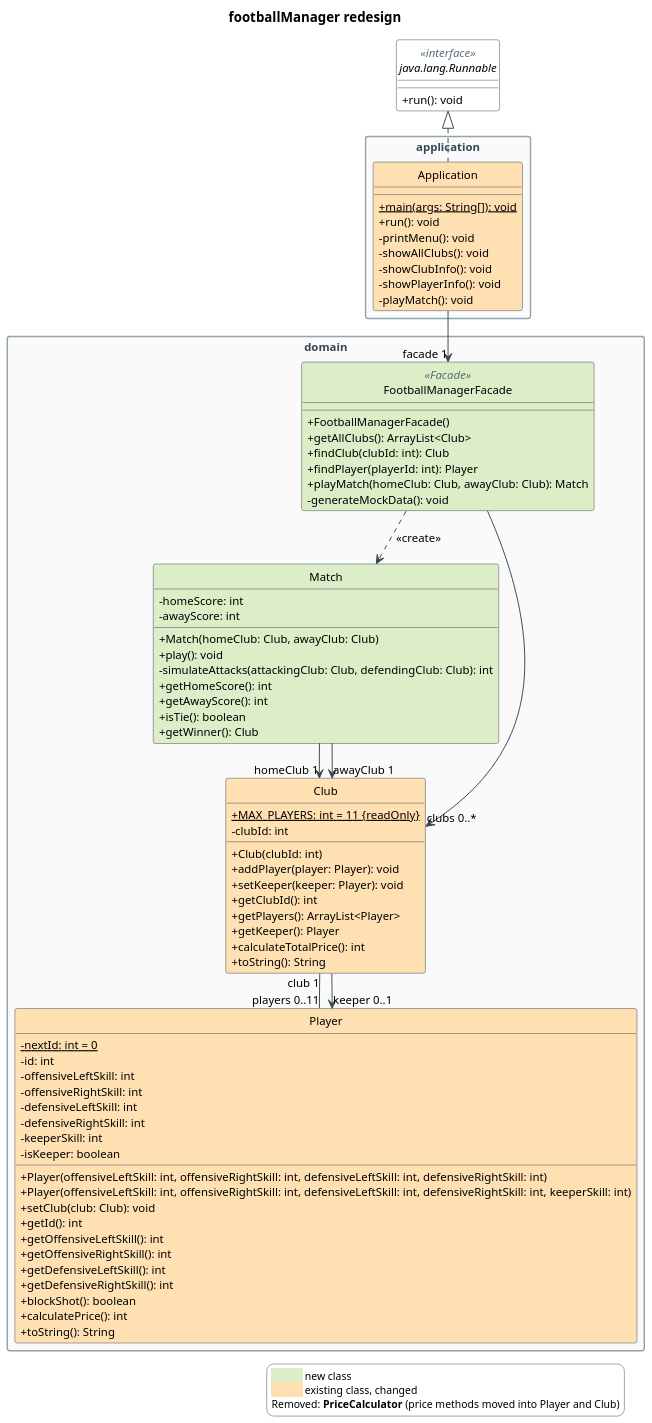
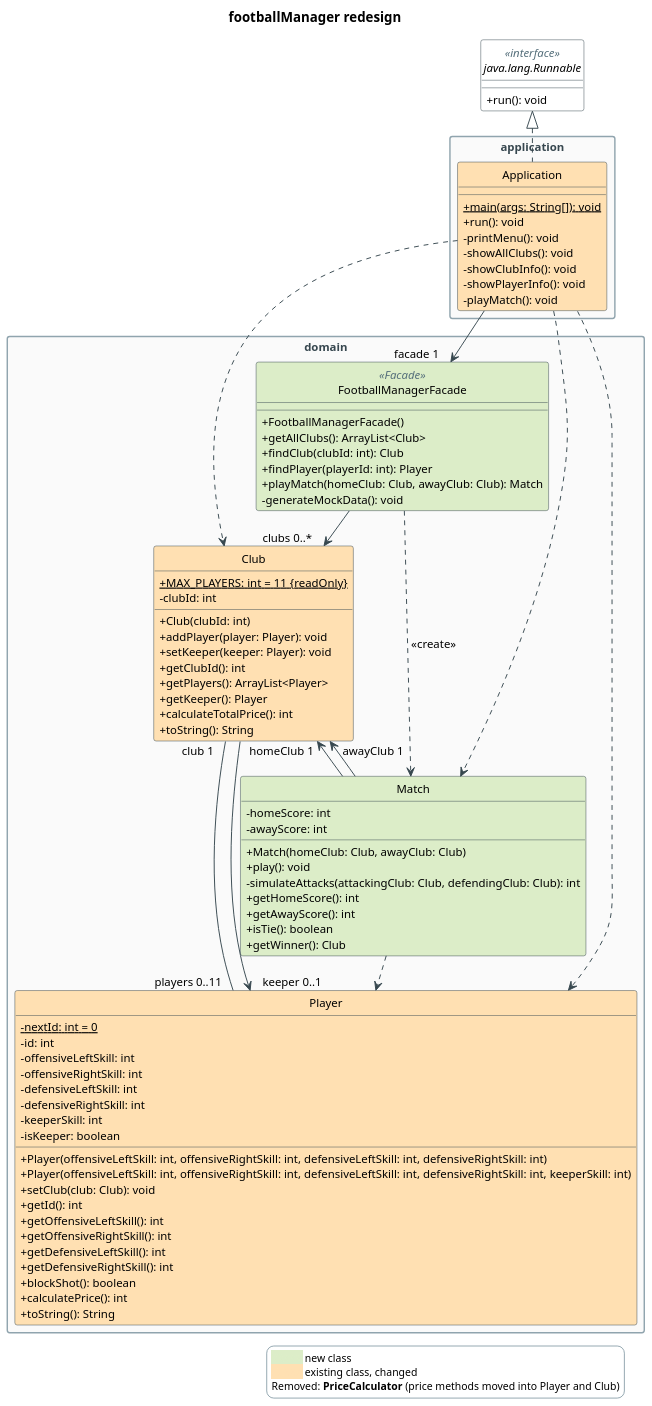
The diagram in week6/assignment3/diagrams/footballManager-redesign.puml (RokasPazera/system-design), drawn with PlantUML before and after one commit. The commit also changed 7 other files, not shown here.

```diff
--- a/week6/assignment3/diagrams/footballManager-redesign.puml
+++ b/week6/assignment3/diagrams/footballManager-redesign.puml
@@ -1,123 +1,128 @@
 @startuml footballManager-redesign
 ' footballManager redesign (week 6, assignment 3): the week 5 classes with the TODOs fixed.
 ' Colours: green = new class, orange = existing class that changes.
 !pragma layout smetana
 
 skinparam dpi 130
 skinparam shadowing false
 skinparam classAttributeIconSize 0
 skinparam defaultFontName Arial
 skinparam defaultFontSize 12
 skinparam nodesep 50
 skinparam ranksep 60
 hide circle
 
 skinparam class {
   BackgroundColor #FFFFFF
   BorderColor #37474F
   ArrowColor #37474F
   StereotypeFontColor #546E7A
 }
 skinparam packageStyle rectangle
 skinparam package {
   BackgroundColor #FAFAFA
   BorderColor #90A4AE
   FontColor #37474F
 }
 skinparam legend {
   BackgroundColor #FFFFFF
   BorderColor #90A4AE
   FontSize 11
 }
 
 title footballManager redesign
 
 interface "java.lang.Runnable" as Runnable <<interface>> {
   + run(): void
 }
 
 package application {
 class Application #FFE0B2 {
   {static} + main(args: String[]): void
   + run(): void
   - printMenu(): void
   - showAllClubs(): void
   - showClubInfo(): void
   - showPlayerInfo(): void
   - playMatch(): void
 }
 }
 
 package domain {
 class FootballManagerFacade <<Facade>> #DCEDC8 {
   + FootballManagerFacade()
   + getAllClubs(): ArrayList<Club>
   + findClub(clubId: int): Club
   + findPlayer(playerId: int): Player
   + playMatch(homeClub: Club, awayClub: Club): Match
   - generateMockData(): void
 }
 
 class Match #DCEDC8 {
   - homeScore: int
   - awayScore: int
   + Match(homeClub: Club, awayClub: Club)
   + play(): void
   - simulateAttacks(attackingClub: Club, defendingClub: Club): int
   + getHomeScore(): int
   + getAwayScore(): int
   + isTie(): boolean
   + getWinner(): Club
 }
 
 class Club #FFE0B2 {
   {static} + MAX_PLAYERS: int = 11 {readOnly}
   - clubId: int
   + Club(clubId: int)
   + addPlayer(player: Player): void
   + setKeeper(keeper: Player): void
   + getClubId(): int
   + getPlayers(): ArrayList<Player>
   + getKeeper(): Player
   + calculateTotalPrice(): int
   + toString(): String
 }
 
 class Player #FFE0B2 {
   {static} - nextId: int = 0
   - id: int
   - offensiveLeftSkill: int
   - offensiveRightSkill: int
   - defensiveLeftSkill: int
   - defensiveRightSkill: int
   - keeperSkill: int
   - isKeeper: boolean
   + Player(offensiveLeftSkill: int, offensiveRightSkill: int, defensiveLeftSkill: int, defensiveRightSkill: int)
   + Player(offensiveLeftSkill: int, offensiveRightSkill: int, defensiveLeftSkill: int, defensiveRightSkill: int, keeperSkill: int)
   + setClub(club: Club): void
   + getId(): int
   + getOffensiveLeftSkill(): int
   + getOffensiveRightSkill(): int
   + getDefensiveLeftSkill(): int
   + getDefensiveRightSkill(): int
   + blockShot(): boolean
   + calculatePrice(): int
   + toString(): String
 }
 }
 
+' The direction hint and the &#8195; (em space) / &#160; (no-break space) padding keep the end labels clear of the lines in the smetana layout.
 Runnable <|.. Application
-Application --> "facade 1" FootballManagerFacade
-FootballManagerFacade --> "clubs 0..*" Club
+Application --> "facade 1&#8195;" FootballManagerFacade
+FootballManagerFacade --> "clubs 0..*&#8195;" Club
 FootballManagerFacade ..> Match : <<create>>
-Match --> "homeClub 1" Club
-Match --> "awayClub 1" Club
-Club "club 1" -- "players 0..11" Player
-Club --> "keeper 0..1" Player
+Match -up-> "homeClub 1&#160;" Club
+Match -up-> "&#8195;awayClub 1" Club
+Match ..> Player
+Club "club 1&#8195;" -- "players 0..11&#8195;" Player
+Club --> "&#8195;keeper 0..1" Player
+Application ..> Match
+Application ..> Club
+Application ..> Player
 
 legend right
   <back:#DCEDC8><color:#DCEDC8>XXXXX</color></back> new class
   <back:#FFE0B2><color:#FFE0B2>XXXXX</color></back> existing class, changed
   Removed: <b>PriceCalculator</b> (price methods moved into Player and Club)
 endlegend
 @enduml
```
